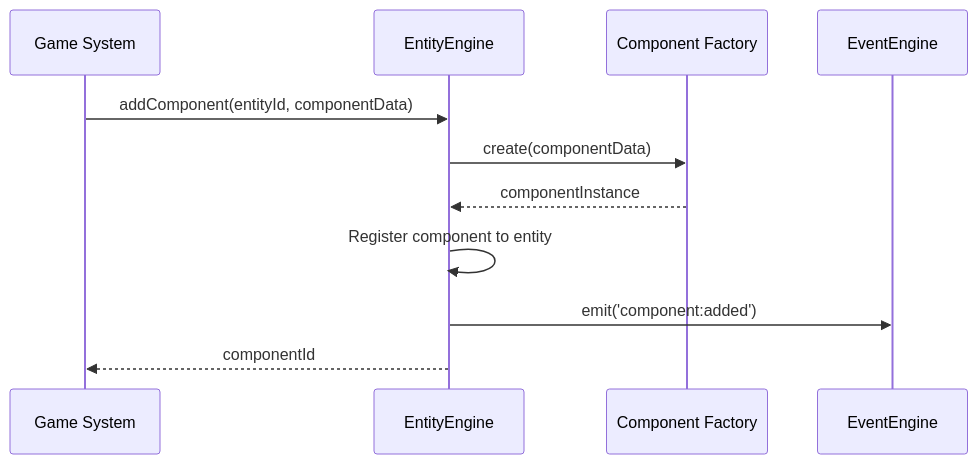
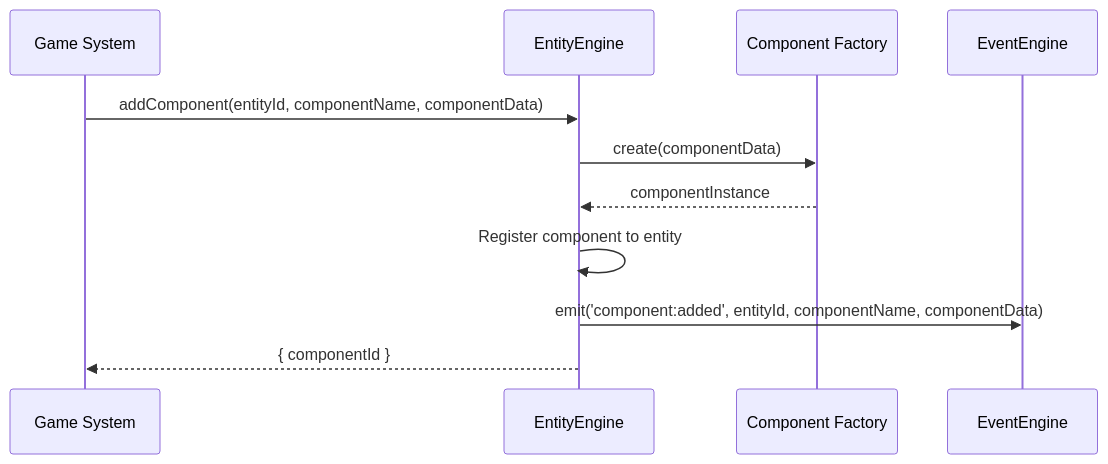
Before and after one commit to HenriqueArtur/TYPE: the third of 3 diagrams in docs/architecture/entity-engine.md, drawn with Mermaid. The commit also changed other lines of this file and 4 other files, not shown here.

First line of the commit message:
📝 docs: update OnCollisionEventComponent to remove event property and fix examples

````diff
--- a/docs/architecture/entity-engine.md
+++ b/docs/architecture/entity-engine.md
@@ -279,14 +605,14 @@
 ```mermaid
 sequenceDiagram
     participant System as Game System
     participant EE as EntityEngine
     participant Factory as Component Factory
     participant Event as EventEngine
     
-    System->>EE: addComponent(entityId, componentData)
+    System->>EE: addComponent(entityId, componentName, componentData)
     EE->>Factory: create(componentData)
     Factory-->>EE: componentInstance
     EE->>EE: Register component to entity
-    EE->>Event: emit('component:added')
-    EE-->>System: componentId
+    EE->>Event: emit('component:added', entityId, componentName, componentData)
+    EE-->>System: { componentId }
 ```
````
